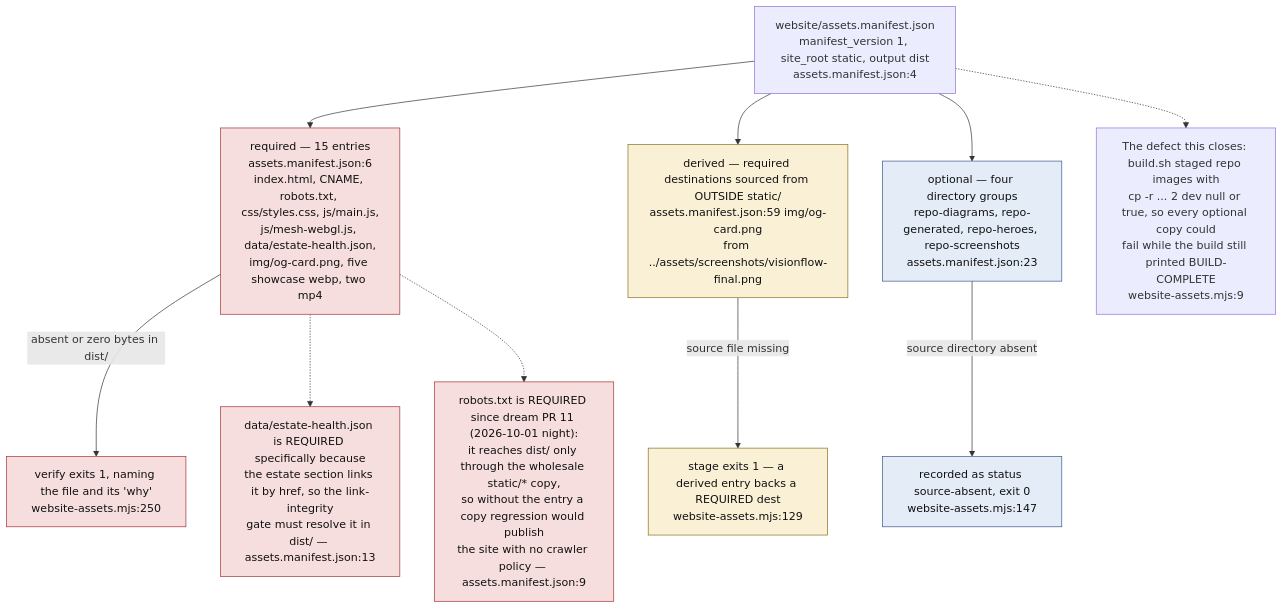
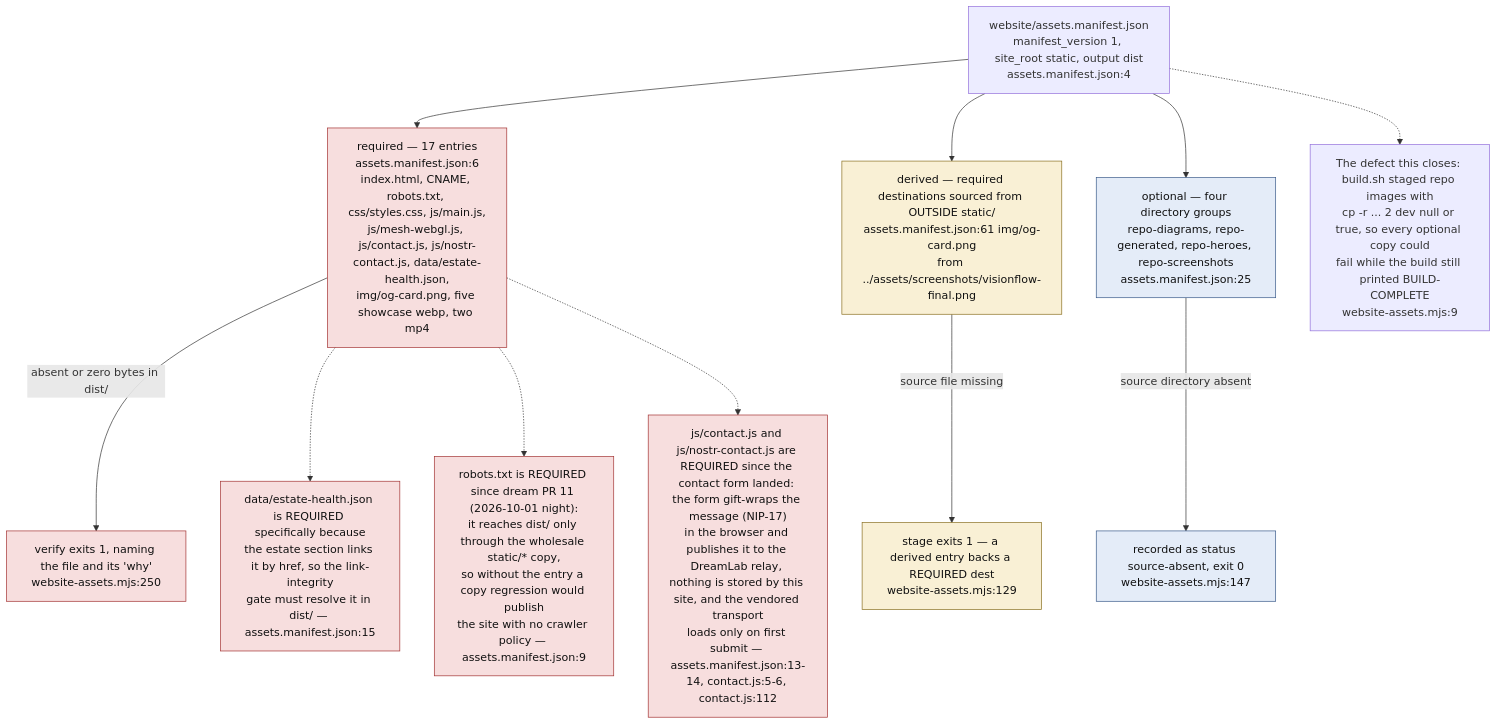
Before and after one commit to DreamLab-AI/VisionFlow: the third of 12 diagrams in docs/diagrams/visionflow/02-website-build-and-deploy.md, drawn with Mermaid. The commit also changed other lines of this file and 160 other files, not shown here.

````diff
--- a/docs/diagrams/visionflow/02-website-build-and-deploy.md
+++ b/docs/diagrams/visionflow/02-website-build-and-deploy.md
@@ -103,24 +106,26 @@
 ```mermaid
 flowchart TB
     classDef req fill:#f7dede,stroke:#a33333,color:#111
     classDef der fill:#f9f0d5,stroke:#8a7020,color:#111
     classDef opt fill:#e4ecf8,stroke:#3a5a8a,color:#111
 
     M["website/assets.manifest.json<br/>manifest_version 1, site_root static, output dist<br/>assets.manifest.json:4"]
 
-    M --> REQ["required — 15 entries<br/>assets.manifest.json:6<br/>index.html, CNAME, robots.txt, css/styles.css, js/main.js,<br/>js/mesh-webgl.js, data/estate-health.json,<br/>img/og-card.png, five showcase webp, two mp4"]:::req
-    M --> DER["derived — required destinations sourced from OUTSIDE static/<br/>assets.manifest.json:59 img/og-card.png<br/>from ../assets/screenshots/visionflow-final.png"]:::der
-    M --> OPT["optional — four directory groups<br/>repo-diagrams, repo-generated, repo-heroes, repo-screenshots<br/>assets.manifest.json:23"]:::opt
+    M --> REQ["required — 17 entries<br/>assets.manifest.json:6<br/>index.html, CNAME, robots.txt, css/styles.css, js/main.js,<br/>js/mesh-webgl.js, js/contact.js, js/nostr-contact.js, data/estate-health.json,<br/>img/og-card.png, five showcase webp, two mp4"]:::req
+    M --> DER["derived — required destinations sourced from OUTSIDE static/<br/>assets.manifest.json:61 img/og-card.png<br/>from ../assets/screenshots/visionflow-final.png"]:::der
+    M --> OPT["optional — four directory groups<br/>repo-diagrams, repo-generated, repo-heroes, repo-screenshots<br/>assets.manifest.json:25"]:::opt
 
     REQ -->|"absent or zero bytes in dist/"| F1["verify exits 1, naming the file and its 'why'<br/>website-assets.mjs:250"]:::req
     DER -->|"source file missing"| F2["stage exits 1 — a derived entry backs a REQUIRED dest<br/>website-assets.mjs:129"]:::der
     OPT -->|"source directory absent"| F3["recorded as status source-absent, exit 0<br/>website-assets.mjs:147"]:::opt
 
     HIST["The defect this closes: build.sh staged repo images with<br/>cp -r ... 2 dev null or true, so every optional copy could<br/>fail while the build still printed BUILD-COMPLETE<br/>website-assets.mjs:9"]
     M -.-> HIST
 
-    LINK["data/estate-health.json is REQUIRED specifically because<br/>the estate section links it by href, so the link-integrity<br/>gate must resolve it in dist/ — assets.manifest.json:13"]:::req
+    LINK["data/estate-health.json is REQUIRED specifically because<br/>the estate section links it by href, so the link-integrity<br/>gate must resolve it in dist/ — assets.manifest.json:15"]:::req
     REQ -.-> LINK
     ROBOTS["robots.txt is REQUIRED since dream PR 11 (2026-10-01 night):<br/>it reaches dist/ only through the wholesale static/* copy,<br/>so without the entry a copy regression would publish<br/>the site with no crawler policy — assets.manifest.json:9"]:::req
     REQ -.-> ROBOTS
+    CONTACT["js/contact.js and js/nostr-contact.js are REQUIRED since the contact form landed: the form gift-wraps the message (NIP-17)<br/>in the browser and publishes it to the DreamLab relay, nothing is stored by this site, and the vendored transport<br/>loads only on first submit — assets.manifest.json:13-14, contact.js:5-6, contact.js:112"]:::req
+    REQ -.-> CONTACT
 ```
````
